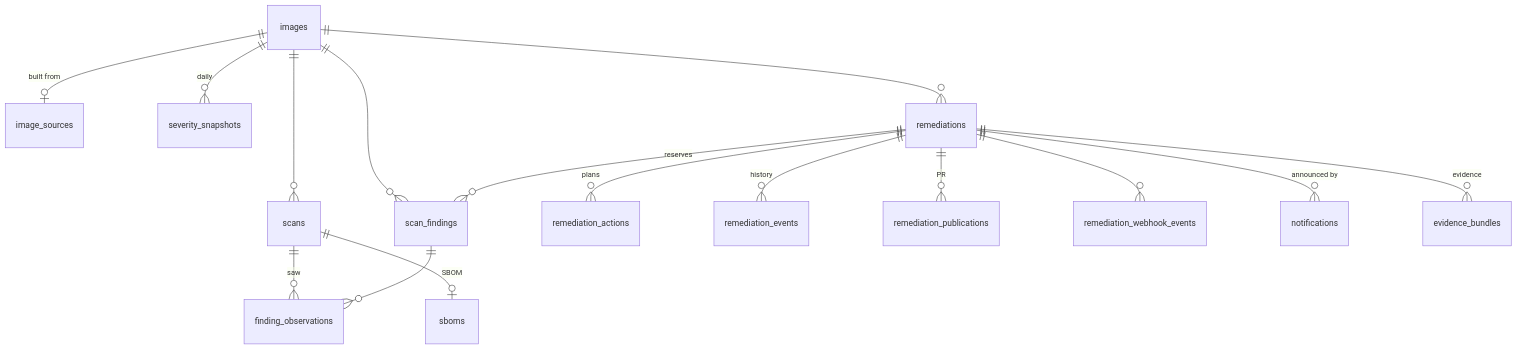
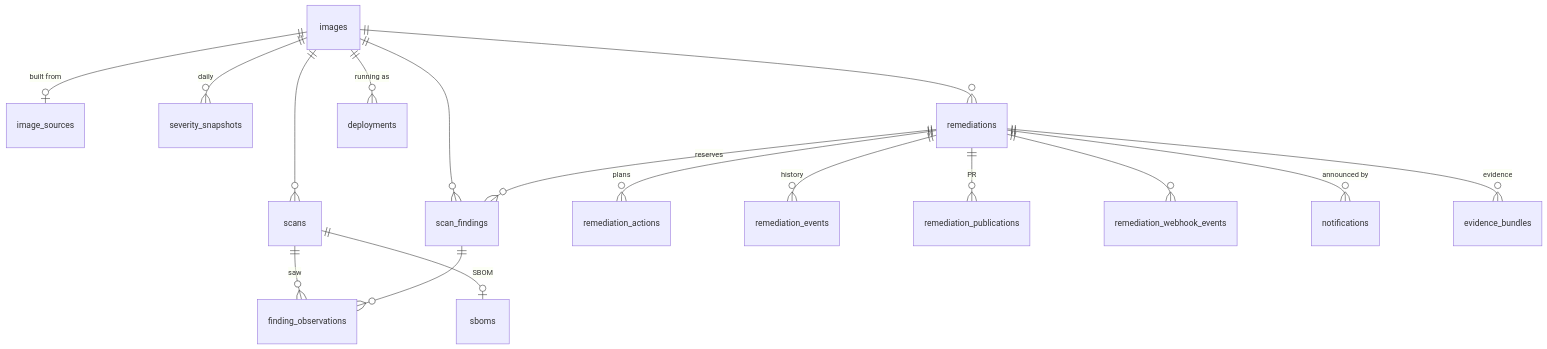
One commit to pespringer/scrutineering changed the third of 5 diagrams in docs/ARCHITECTURE.md. Above: the diagram before and after it, drawn with Mermaid. The commit also changed other lines of this file and 12 other files, not shown here.

First line of the commit message:
Record the running containers of scanned images (deployment observation step 1)

````diff
--- a/docs/ARCHITECTURE.md
+++ b/docs/ARCHITECTURE.md
@@ -84,18 +84,19 @@
 ```mermaid
 erDiagram
     images ||--o| image_sources : "built from"
     images ||--o{ scans : ""
     images ||--o{ scan_findings : ""
     scans ||--o{ finding_observations : "saw"
     scan_findings ||--o{ finding_observations : ""
     images ||--o{ severity_snapshots : "daily"
     images ||--o{ remediations : ""
     remediations ||--o{ scan_findings : "reserves"
     remediations ||--o{ remediation_actions : "plans"
     remediations ||--o{ remediation_events : "history"
     remediations ||--o{ remediation_publications : "PR"
     remediations ||--o{ remediation_webhook_events : ""
     remediations ||--o{ notifications : "announced by"
     scans ||--o| sboms : "SBOM"
     remediations ||--o{ evidence_bundles : "evidence"
+    images ||--o{ deployments : "running as"
 ```
````
